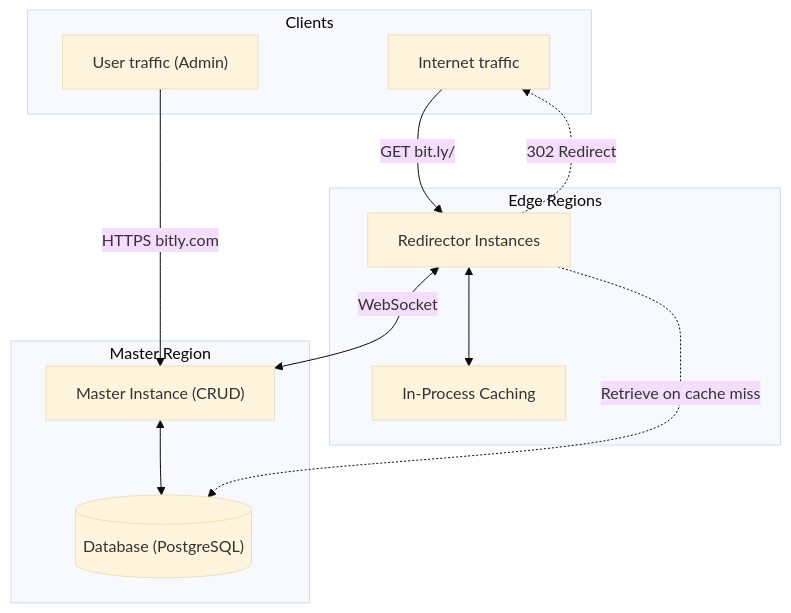
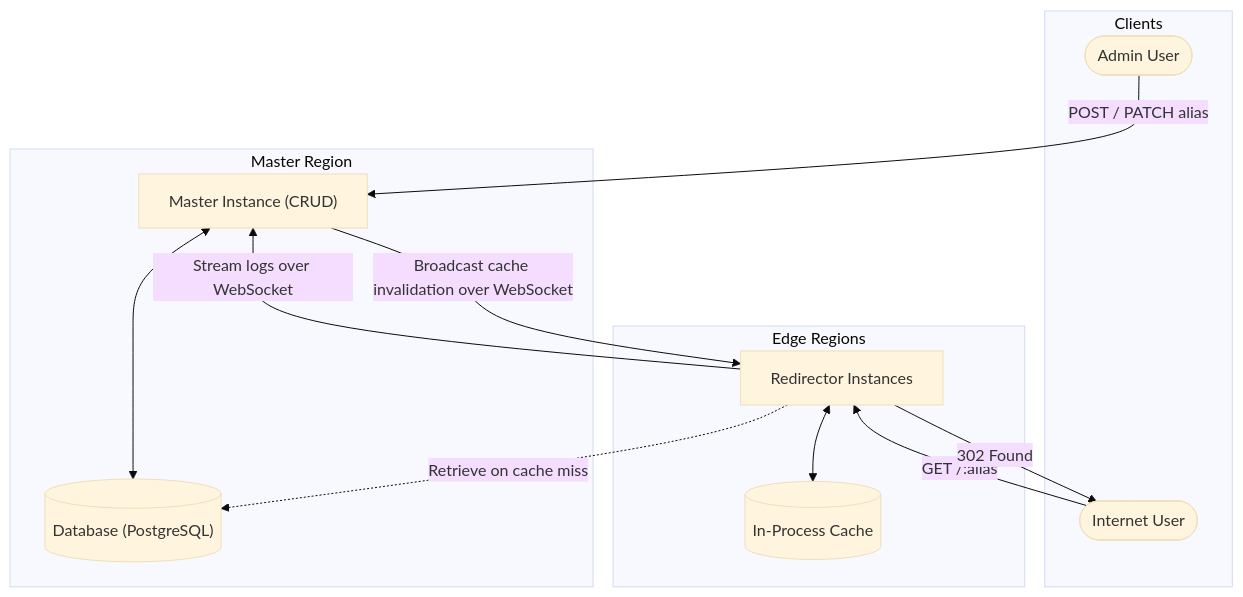
Before and after one commit to AyushmanTripathy/url-shortener: the sixth of 8 diagrams in Readme.md, drawn with Mermaid (base theme). The commit also changed other lines of this file, not shown here.

Commit message:
chore: Updated revision 3 diagrams

````diff
--- a/Readme.md
+++ b/Readme.md
@@ -147,26 +305,27 @@
 ```mermaid
 flowchart TD
     subgraph Clients["Clients"]
-        User["User traffic (Admin)"]
-        Internet["Internet traffic"]
+        User(["Admin User"])
+        Internet(["Internet User"])
     end
 
     subgraph EdgeRegions["Edge Regions"]
         Redirector["Redirector Instances"]
-        Cache["In-Process Caching"]
+        Cache[("In-Process Cache")]
         Redirector <--> Cache
     end
 
     subgraph MasterRegion["Master Region"]
         Master["Master Instance (CRUD)"]
         DB[("Database (PostgreSQL)")]
         Master <--> DB
     end
 
-    User -->|"HTTPS bitly.com"| Master
-    Internet -->|"GET bit.ly/<alias>"| Redirector
-    Redirector -.->|"302 Redirect"| Internet
+    User -->|"POST / PATCH alias"| Master
+    Internet -->|"GET /:alias"| Redirector
+    Redirector -->|"302 Found"| Internet
 
     Redirector -.->|"Retrieve on cache miss"| DB
-    Redirector <-->|"WebSocket"| Master
+    Redirector -->|"Stream logs over WebSocket"| Master
+    Master -->|"Broadcast cache invalidation over WebSocket"| Redirector
 ```
````
